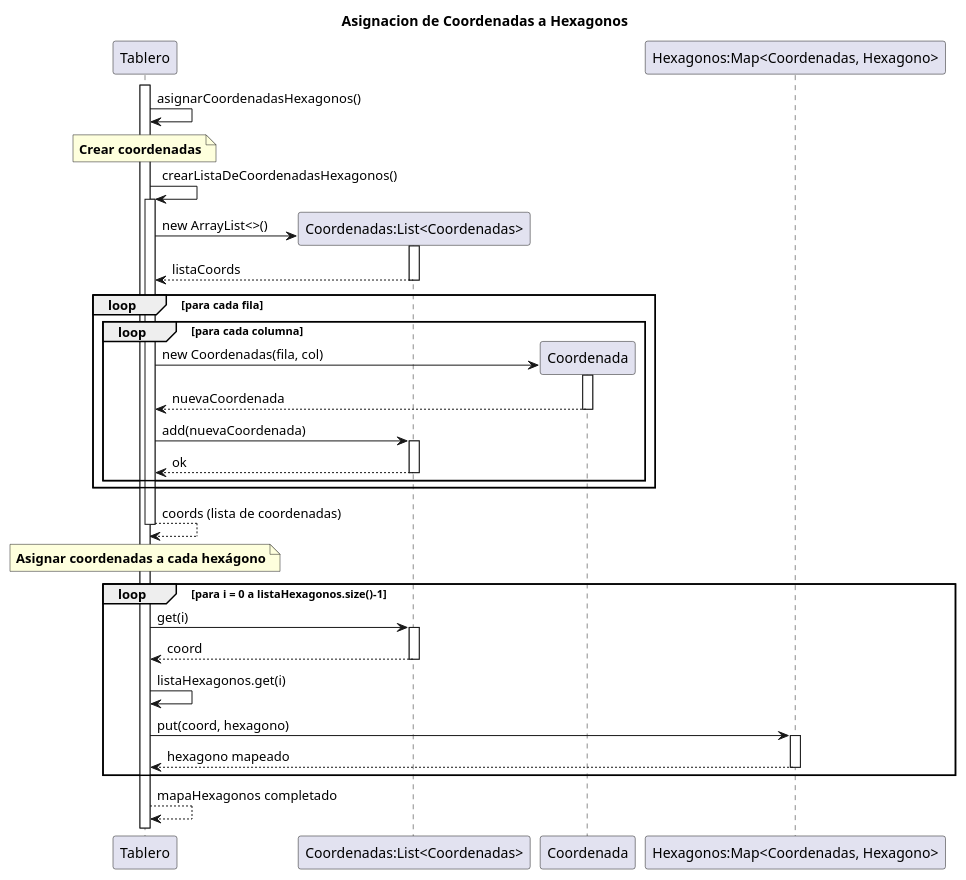
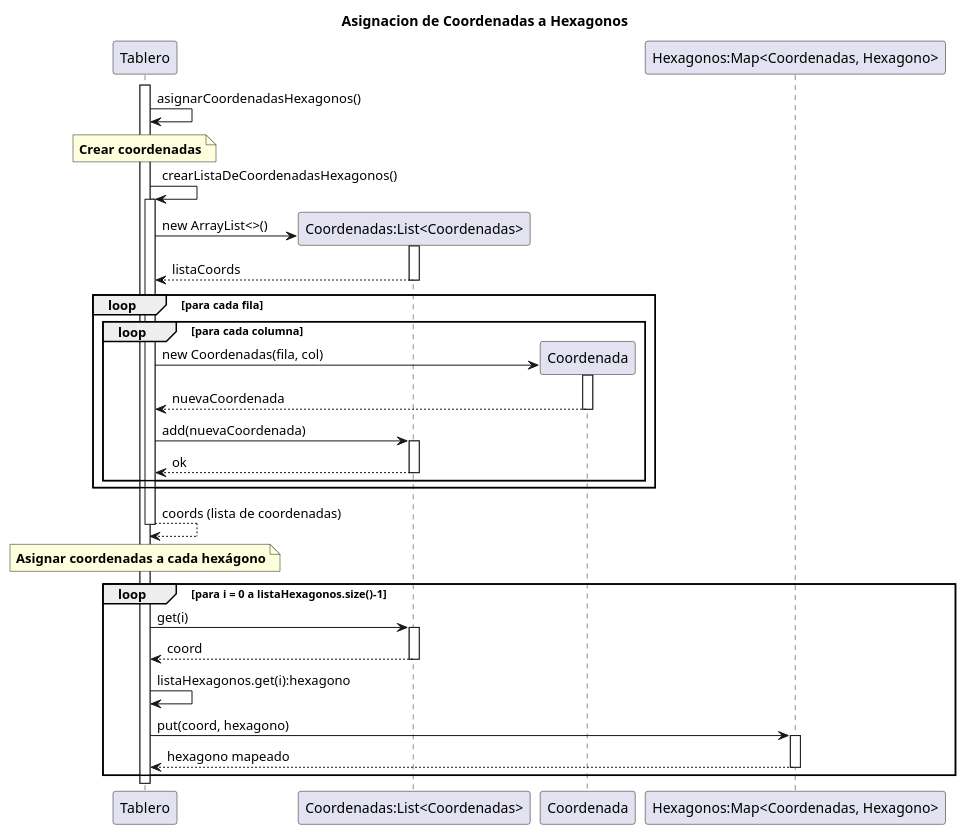
The diagram in diagrams/sequences/creacionDelTablero/02asignacionDeCoordenadas.puml (gonzamoran/TP_Paradigmas), drawn with PlantUML before and after one commit. The commit also changed 32 other files, not shown here.

Commit message:
implementacion final gestor de turnos. Avance en diagramas e interfaz.

```diff
--- a/diagrams/sequences/creacionDelTablero/02asignacionDeCoordenadas.puml
+++ b/diagrams/sequences/creacionDelTablero/02asignacionDeCoordenadas.puml
@@ -1,61 +1,59 @@
 @startuml asignacionDeCoordenadas
 
 title Asignacion de Coordenadas a Hexagonos
 
 participant Tablero
 participant "Coordenadas:List<Coordenadas>" as ListaCoords
 participant "Coordenada" as Coord
 participant "Hexagonos:Map<Coordenadas, Hexagono>" as MapaHexagonos
 
 activate Tablero
 Tablero -> Tablero: asignarCoordenadasHexagonos()
 
 Note over Tablero: **Crear coordenadas**
 Tablero -> Tablero: crearListaDeCoordenadasHexagonos()
 create ListaCoords
 activate Tablero
 
 Tablero -> ListaCoords: new ArrayList<>()
 activate ListaCoords
 ListaCoords --> Tablero: listaCoords
 deactivate ListaCoords
 
 loop para cada fila
 
     loop para cada columna
         
         create Coord
         Tablero -> Coord: new Coordenadas(fila, col)
         activate Coord
         Coord --> Tablero: nuevaCoordenada
         deactivate Coord
         
         Tablero -> ListaCoords: add(nuevaCoordenada)
         activate ListaCoords
         ListaCoords --> Tablero: ok
         deactivate ListaCoords
     end
 end
 
 Tablero --> Tablero: coords (lista de coordenadas)
 deactivate Tablero
 
 Note over Tablero: **Asignar coordenadas a cada hexágono**
 
 loop para i = 0 a listaHexagonos.size()-1
     Tablero -> ListaCoords: get(i)
     activate ListaCoords
     ListaCoords --> Tablero: coord
     deactivate ListaCoords
     
-    Tablero -> Tablero: listaHexagonos.get(i)
+    Tablero -> Tablero: listaHexagonos.get(i):hexagono
     
     Tablero -> MapaHexagonos: put(coord, hexagono)
     activate MapaHexagonos
     MapaHexagonos --> Tablero: hexagono mapeado
     deactivate MapaHexagonos
 end
 
-Tablero --> Tablero: mapaHexagonos completado
-
 @enduml
```
